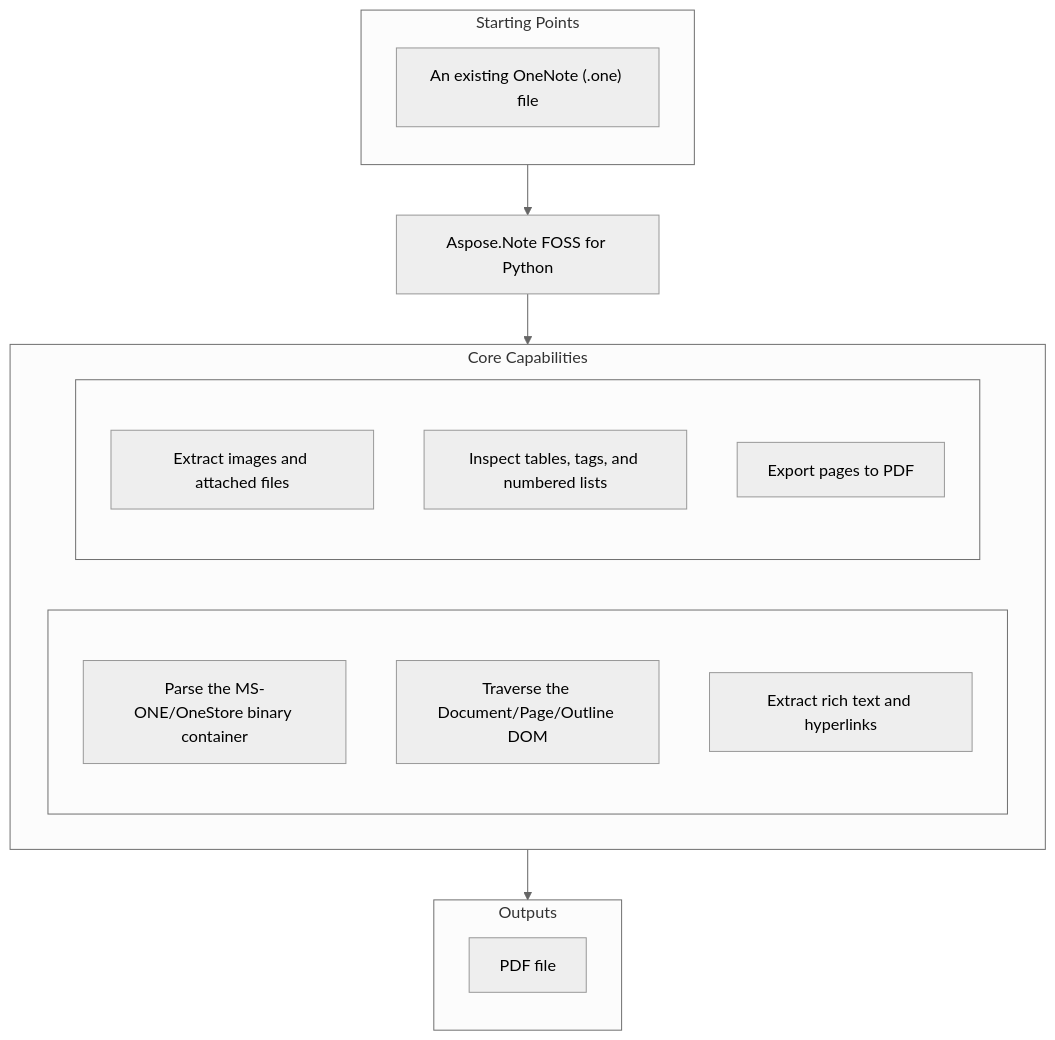
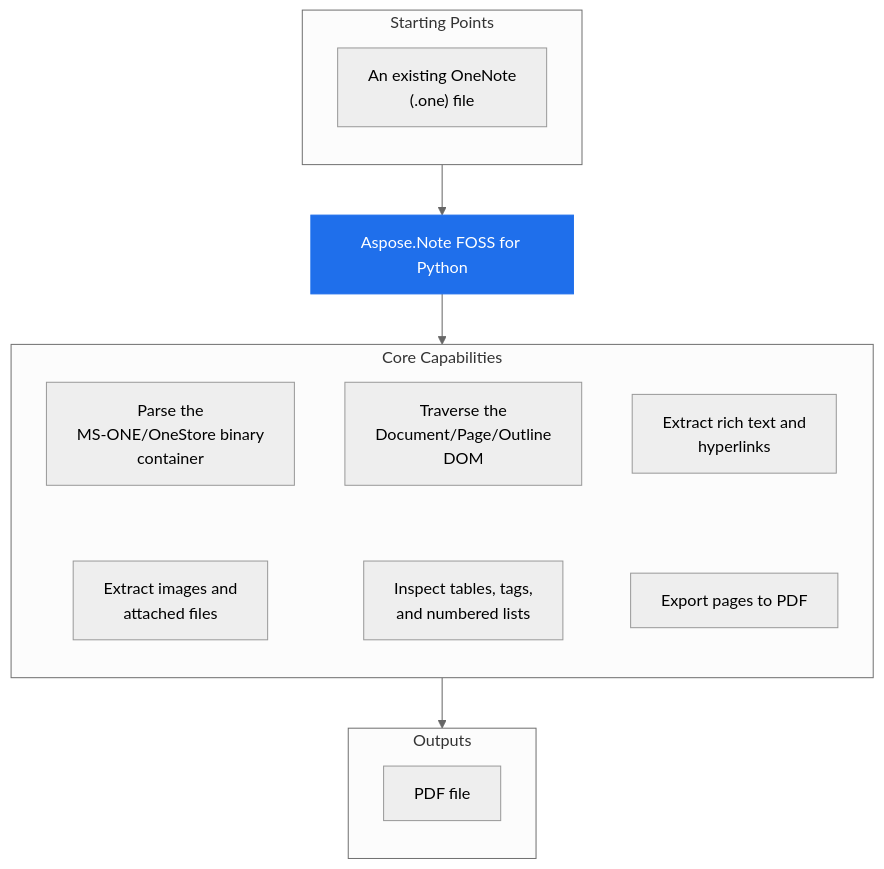
Before and after one commit to babar-raza/repo-presenter: the diagram in 0fd1cf7bcadb279a6dd73ddcba3d5241376badd3/README.md, drawn with Mermaid (neutral theme). The commit also changed 6 other files, not shown here.

````diff
--- a/0fd1cf7bcadb279a6dd73ddcba3d5241376badd3/README.md
+++ b/0fd1cf7bcadb279a6dd73ddcba3d5241376badd3/README.md
@@ -27,28 +27,27 @@
 ```mermaid
-flowchart TD
+flowchart TB
   subgraph StartingPoints["Starting Points"]
     direction TB
-    i1["An existing OneNote (.one) file"]
+    i1["An existing OneNote<br/>(.one) file"]
   end
   PRODUCT["Aspose.Note FOSS for Python"]
   subgraph Capabilities["Core Capabilities"]
-    direction LR
-    subgraph capl[" "]
-      direction TB
-      c1["Parse the MS-ONE/OneStore binary container"]
-      c2["Traverse the Document/Page/Outline DOM"]
-      c3["Extract rich text and hyperlinks"]
-    end
-    subgraph capr[" "]
-      direction TB
-      c4["Extract images and attached files"]
-      c5["Inspect tables, tags, and numbered lists"]
-      c6["Export pages to PDF"]
-    end
+    direction TB
+    c1["Parse the<br/>MS-ONE/OneStore binary<br/>container"]
+    c2["Traverse the<br/>Document/Page/Outline<br/>DOM"]
+    c3["Extract rich text and<br/>hyperlinks"]
+    c4["Extract images and<br/>attached files"]
+    c5["Inspect tables, tags,<br/>and numbered lists"]
+    c6["Export pages to PDF"]
+    c1 ~~~ c4
+    c2 ~~~ c5
+    c3 ~~~ c6
   end
   subgraph Outputs["Outputs"]
     direction TB
     o1["PDF file"]
   end
   StartingPoints --> PRODUCT --> Capabilities --> Outputs
+  classDef product fill:#1f6feb,stroke:#1f6feb,color:#ffffff
+  class PRODUCT product
 ```
````
